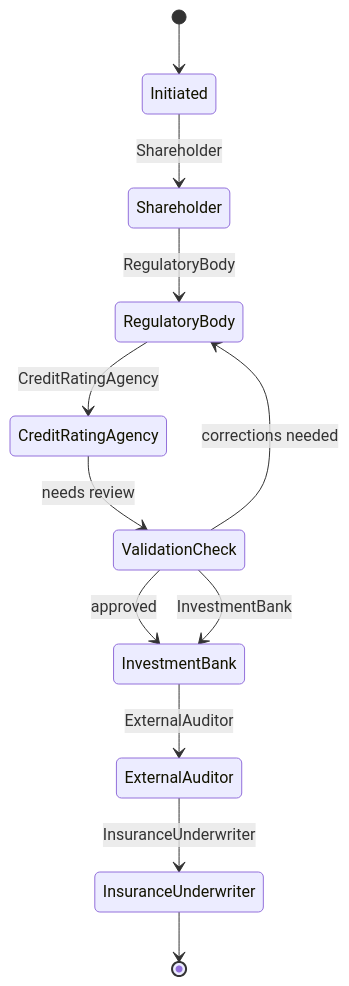
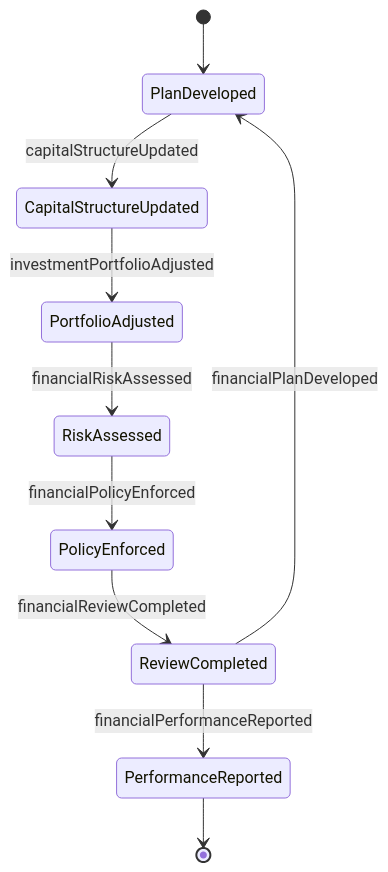
The second of 4 diagrams in GuidingDirectingAndMotivatingSubordinates/ManageBudgetsOrFinances/ManageFinancialActivitiesOrganization.mdx (dot-org-ai/tasks.org.ai), drawn with Mermaid before and after one commit. The commit also changed other lines of this file and 515 other files, not shown here.

````diff
--- a/GuidingDirectingAndMotivatingSubordinates/ManageBudgetsOrFinances/ManageFinancialActivitiesOrganization.mdx
+++ b/GuidingDirectingAndMotivatingSubordinates/ManageBudgetsOrFinances/ManageFinancialActivitiesOrganization.mdx
@@ -105,14 +101,12 @@
 ```mermaid
 stateDiagram-v2
-    [*] --> Initiated
-    Initiated --> Shareholder: Shareholder
-    Shareholder --> RegulatoryBody: RegulatoryBody
-    RegulatoryBody --> CreditRatingAgency: CreditRatingAgency
-    CreditRatingAgency --> ValidationCheck: needs review
-    ValidationCheck --> RegulatoryBody: corrections needed
-    ValidationCheck --> InvestmentBank: approved
-    ValidationCheck --> InvestmentBank: InvestmentBank
-    InvestmentBank --> ExternalAuditor: ExternalAuditor
-    ExternalAuditor --> InsuranceUnderwriter: InsuranceUnderwriter
-    InsuranceUnderwriter --> [*]
+    [*] --> PlanDeveloped
+    PlanDeveloped --> CapitalStructureUpdated : capitalStructureUpdated
+    CapitalStructureUpdated --> PortfolioAdjusted : investmentPortfolioAdjusted
+    PortfolioAdjusted --> RiskAssessed : financialRiskAssessed
+    RiskAssessed --> PolicyEnforced : financialPolicyEnforced
+    PolicyEnforced --> ReviewCompleted : financialReviewCompleted
+    ReviewCompleted --> PerformanceReported : financialPerformanceReported
+    ReviewCompleted --> PlanDeveloped : financialPlanDeveloped
+    PerformanceReported --> [*]
 ```
````
